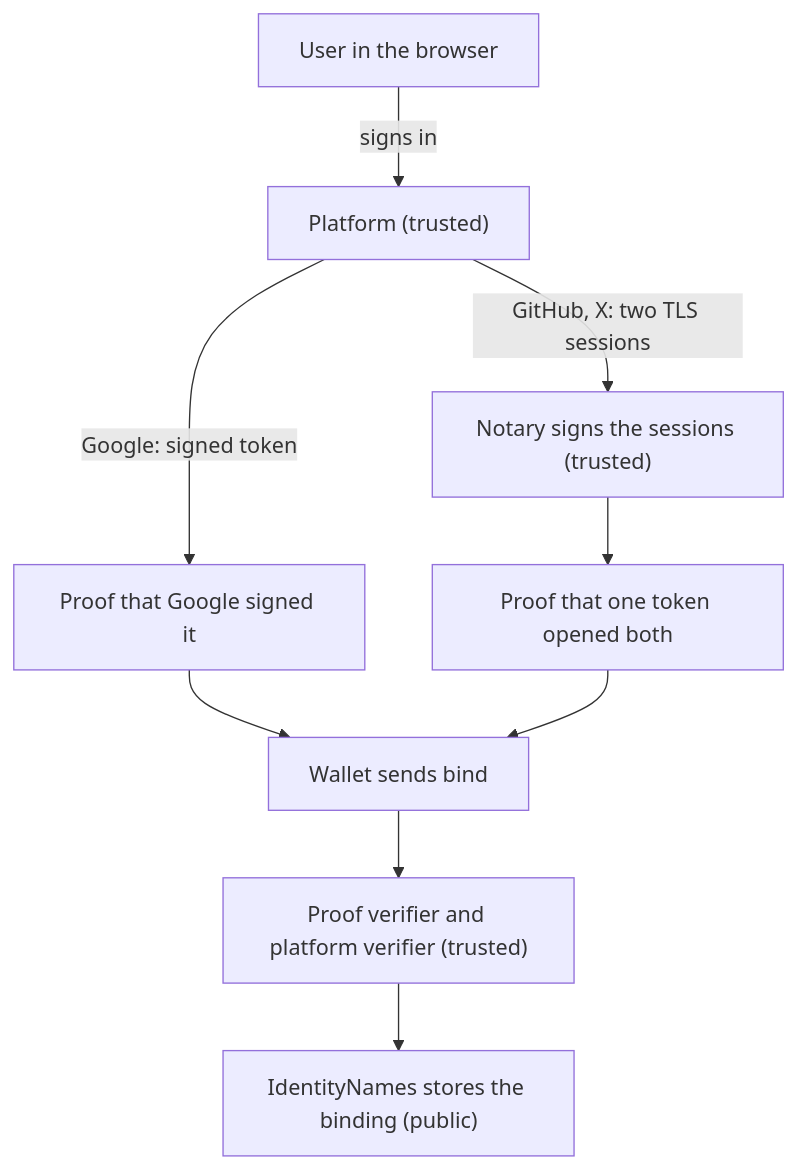
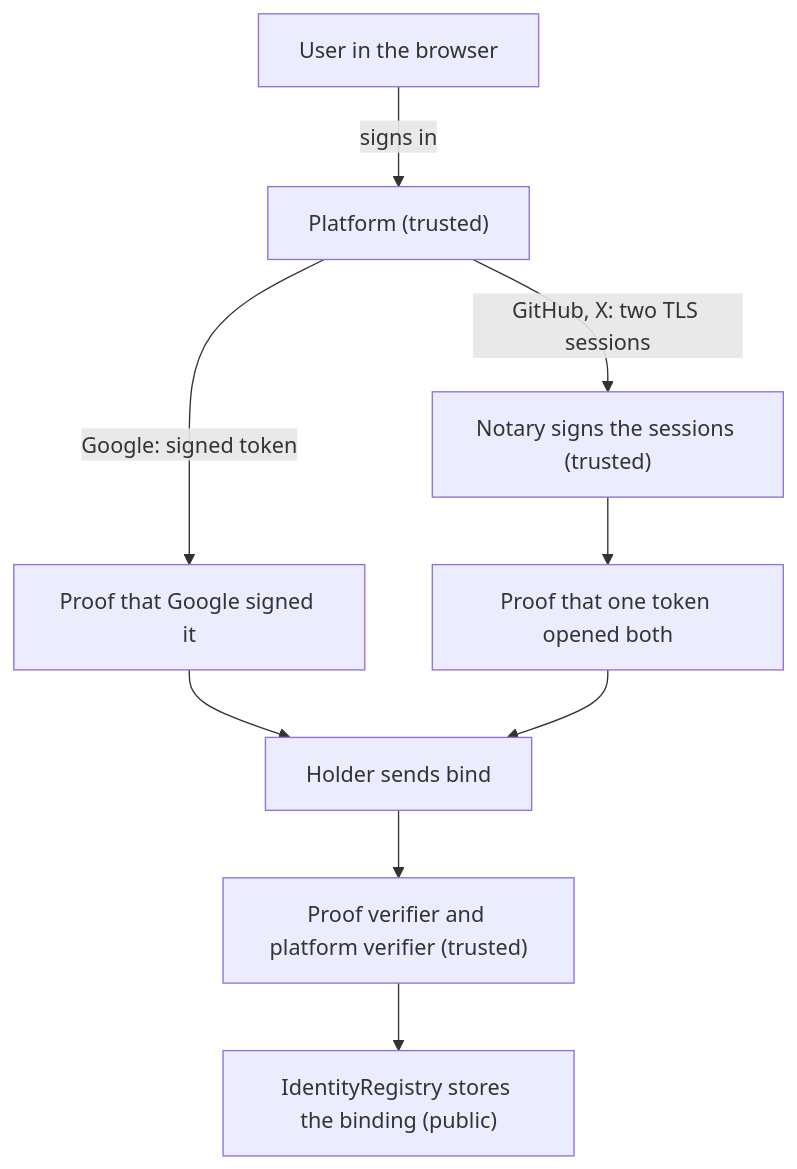
The diagram in docs/pages/advanced/how-binding-works.md (libid-org/libID), drawn with Mermaid before and after one commit. The commit also changed other lines of this file and 31 other files, not shown here.

````diff
--- a/docs/pages/advanced/how-binding-works.md
+++ b/docs/pages/advanced/how-binding-works.md
@@ -12,13 +12,13 @@
 ```mermaid
 flowchart TD
   U["User in the browser"] -- "signs in" --> P["Platform (trusted)"]
   P -- "Google: signed token" --> G["Proof that Google signed it"]
   P -- "GitHub, X: two TLS sessions" --> N["Notary signs the sessions (trusted)"]
   N --> Z["Proof that one token opened both"]
-  G --> B["Wallet sends bind"]
+  G --> B["Holder sends bind"]
   Z --> B
   B --> V["Proof verifier and platform verifier (trusted)"]
-  V --> I["IdentityNames stores the binding (public)"]
+  V --> I["IdentityRegistry stores the binding (public)"]
   class P,N,V trusted
   class I public
 ```
````
